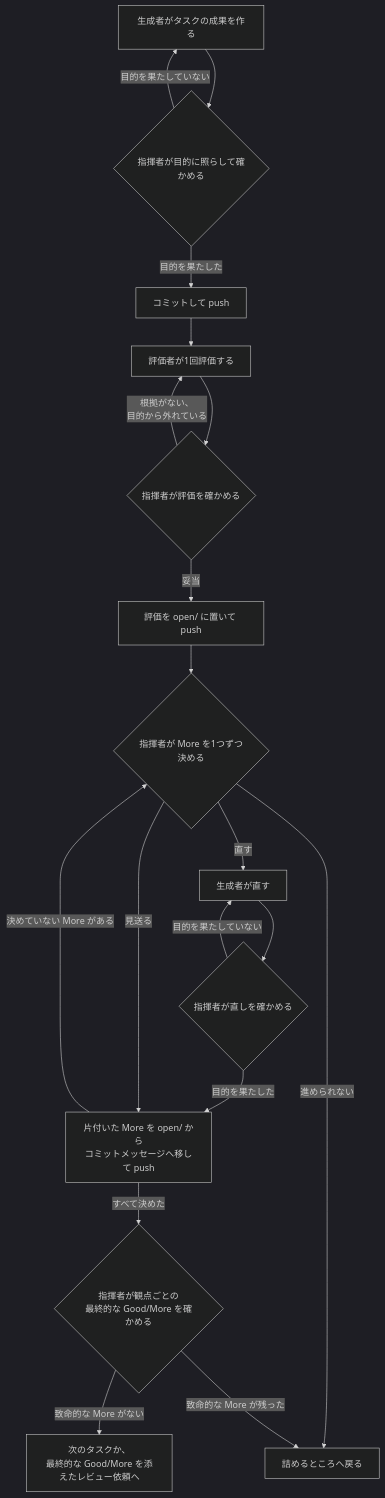
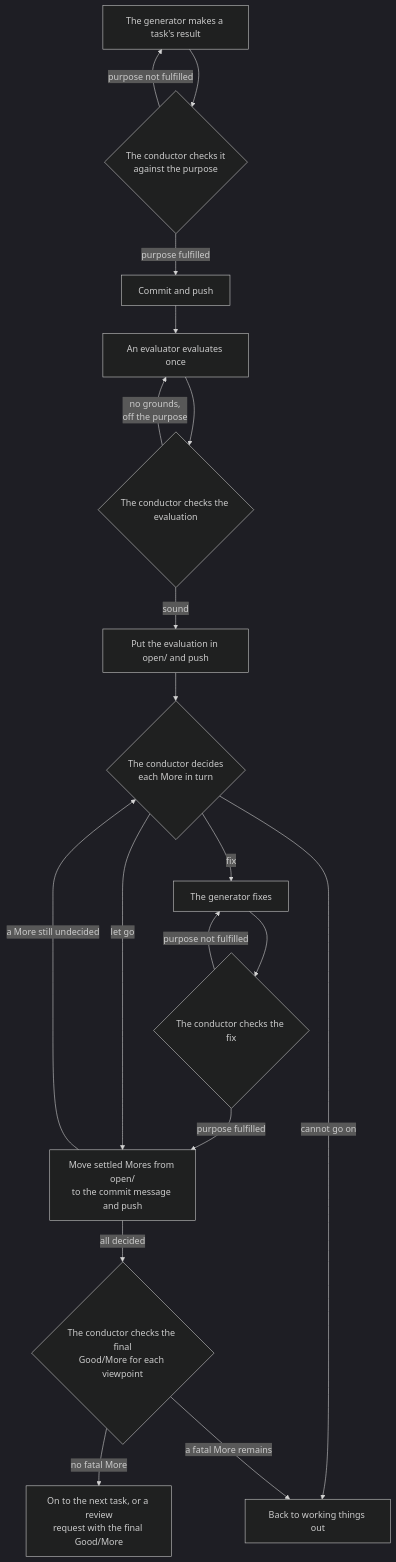
The fourth of 5 diagrams in rn/docs/design.md (lovaizu/ccpm), drawn with Mermaid (dark theme) before and after one commit. The commit also changed other lines of this file and 2 other files, not shown here.

Commit message:
docs(rn): README, design document, and CHANGELOG back in English now that the design is settled

````diff
--- a/rn/docs/design.md
+++ b/rn/docs/design.md
@@ -102,34 +147,34 @@
 ```mermaid
 flowchart TD
-    M["生成者がタスクの成果を作る"]
-    K{"指揮者が目的に照らして確かめる"}
-    C["コミットして push"]
-    V["評価者が1回評価する"]
-    KE{"指揮者が評価を確かめる"}
-    O["評価を open/ に置いて push"]
-    D{"指揮者が More を1つずつ決める"}
-    F["生成者が直す"]
-    FK{"指揮者が直しを確かめる"}
-    S["片付いた More を open/ から<br/>コミットメッセージへ移して push"]
-    J{"指揮者が観点ごとの<br/>最終的な Good/More を確かめる"}
-    N["次のタスクか、<br/>最終的な Good/More を添えたレビュー依頼へ"]
-    U["詰めるところへ戻る"]
+    M["The generator makes a task's result"]
+    K{"The conductor checks it<br/>against the purpose"}
+    C["Commit and push"]
+    V["An evaluator evaluates once"]
+    KE{"The conductor checks the evaluation"}
+    O["Put the evaluation in open/ and push"]
+    D{"The conductor decides<br/>each More in turn"}
+    F["The generator fixes"]
+    FK{"The conductor checks the fix"}
+    S["Move settled Mores from open/<br/>to the commit message and push"]
+    J{"The conductor checks the final<br/>Good/More for each viewpoint"}
+    N["On to the next task, or a review<br/>request with the final Good/More"]
+    U["Back to working things out"]
     M --> K
-    K -->|"目的を果たしていない"| M
-    K -->|"目的を果たした"| C
+    K -->|"purpose not fulfilled"| M
+    K -->|"purpose fulfilled"| C
     C --> V
     V --> KE
-    KE -->|"根拠がない、<br/>目的から外れている"| V
-    KE -->|"妥当"| O
+    KE -->|"no grounds,<br/>off the purpose"| V
+    KE -->|"sound"| O
     O --> D
-    D -->|"直す"| F
+    D -->|"fix"| F
     F --> FK
-    FK -->|"目的を果たしていない"| F
-    FK -->|"目的を果たした"| S
-    D -->|"見送る"| S
-    S -->|"決めていない More がある"| D
-    S -->|"すべて決めた"| J
-    D -->|"進められない"| U
-    J -->|"致命的な More がない"| N
-    J -->|"致命的な More が残った"| U
+    FK -->|"purpose not fulfilled"| F
+    FK -->|"purpose fulfilled"| S
+    D -->|"let go"| S
+    S -->|"a More still undecided"| D
+    S -->|"all decided"| J
+    D -->|"cannot go on"| U
+    J -->|"no fatal More"| N
+    J -->|"a fatal More remains"| U
 ```
````
